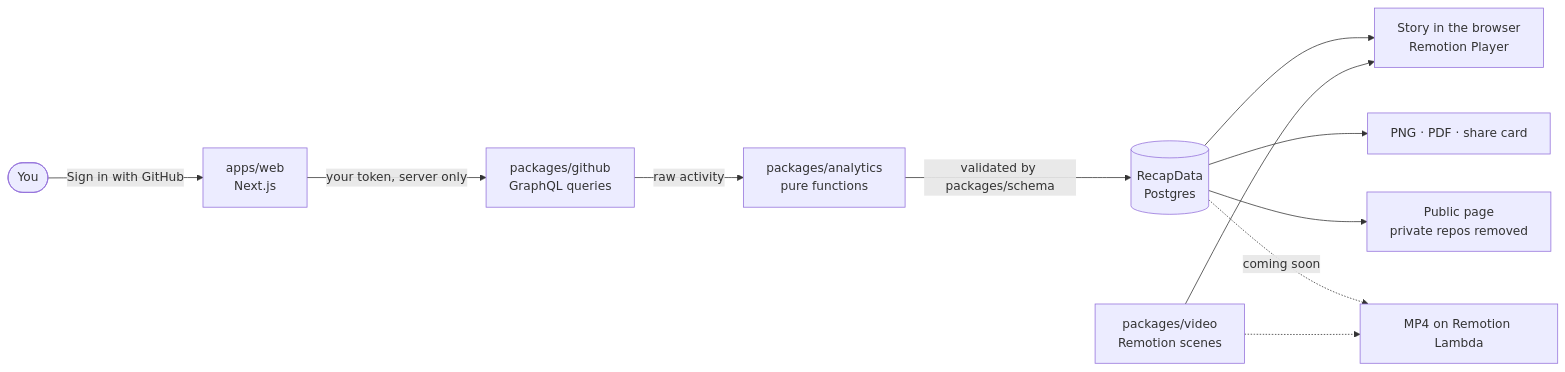
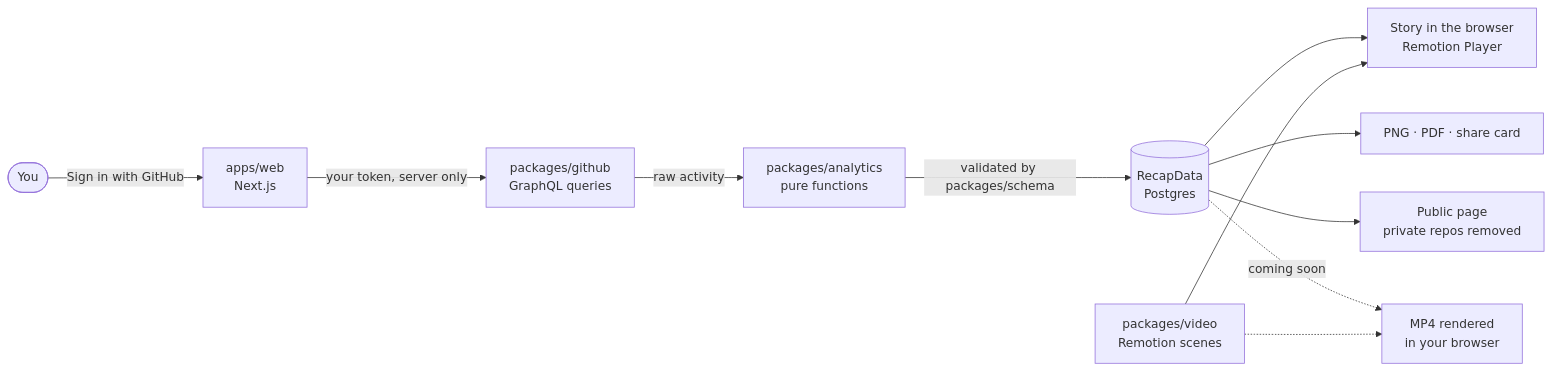
One commit to habibiahmada/wrapyourgit changed the diagram in README.md. Above: the diagram before and after it, drawn with Mermaid. The commit also changed other lines of this file, not shown here.

````diff
--- a/README.md
+++ b/README.md
@@ -145,13 +145,13 @@
 ```mermaid
 flowchart LR
   user([You]) -->|Sign in with GitHub| web[apps/web<br>Next.js]
   web -->|your token, server only| gh[packages/github<br>GraphQL queries]
   gh -->|raw activity| an[packages/analytics<br>pure functions]
   an -->|validated by packages/schema| rd[(RecapData<br>Postgres)]
   rd --> player[Story in the browser<br>Remotion Player]
   rd --> exports[PNG · PDF · share card]
   rd --> pub[Public page<br>private repos removed]
-  rd -.->|coming soon| mp4[MP4 on Remotion Lambda]
+  rd -.->|coming soon| mp4[MP4 rendered<br>in your browser]
   video[packages/video<br>Remotion scenes] --> player
   video -.-> mp4
 ```
````
